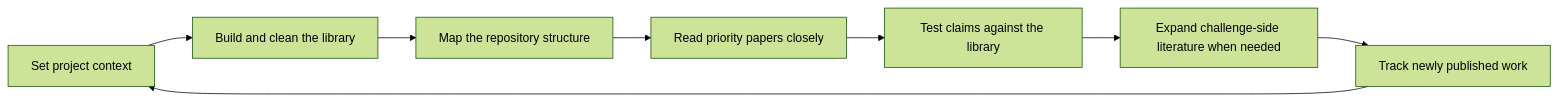
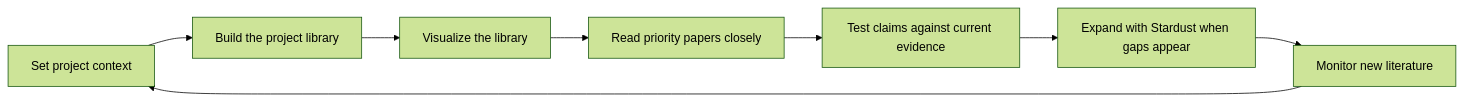
Before and after one commit to yianwangox-tech/Starmap-Thesis-Engine: the diagram in StarMap_Primary_Guide_for_Research_Leads_and_New_Contributors.md, drawn with Mermaid (forest theme). The commit also changed other lines of this file and 18 other files, not shown here.

````diff
--- a/StarMap_Primary_Guide_for_Research_Leads_and_New_Contributors.md
+++ b/StarMap_Primary_Guide_for_Research_Leads_and_New_Contributors.md
@@ -43,10 +49,10 @@
 ```mermaid
 flowchart LR
-    A["Set project context"] --> B["Build and clean the library"]
-    B --> C["Map the repository structure"]
+    A["Set project context"] --> B["Build the project library"]
+    B --> C["Visualize the library"]
     C --> D["Read priority papers closely"]
-    D --> E["Test claims against the library"]
-    E --> F["Expand challenge-side literature when needed"]
-    F --> G["Track newly published work"]
+    D --> E["Test claims against current evidence"]
+    E --> F["Expand with Stardust when gaps appear"]
+    F --> G["Monitor new literature"]
     G --> A
 ```
````
